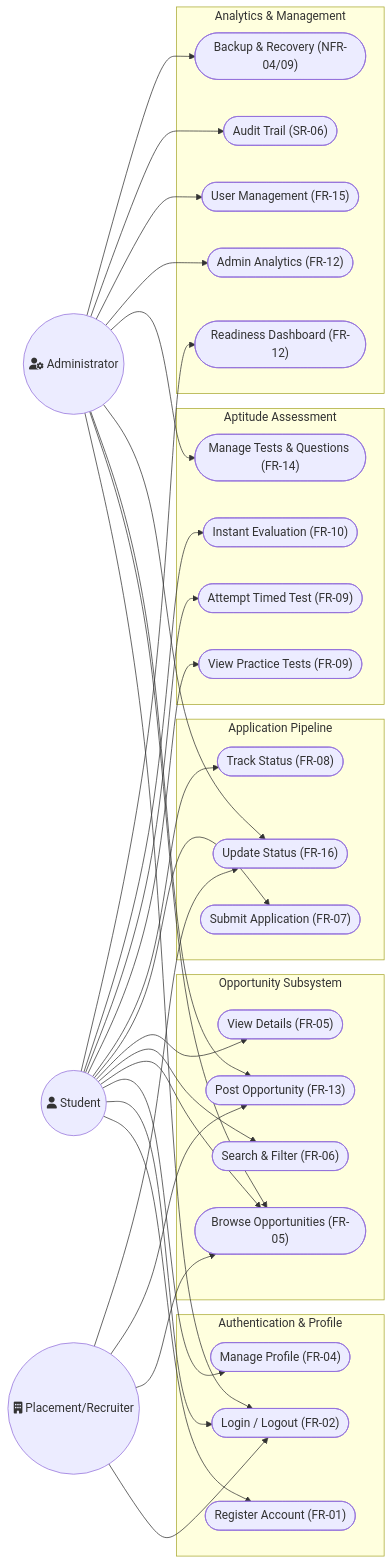
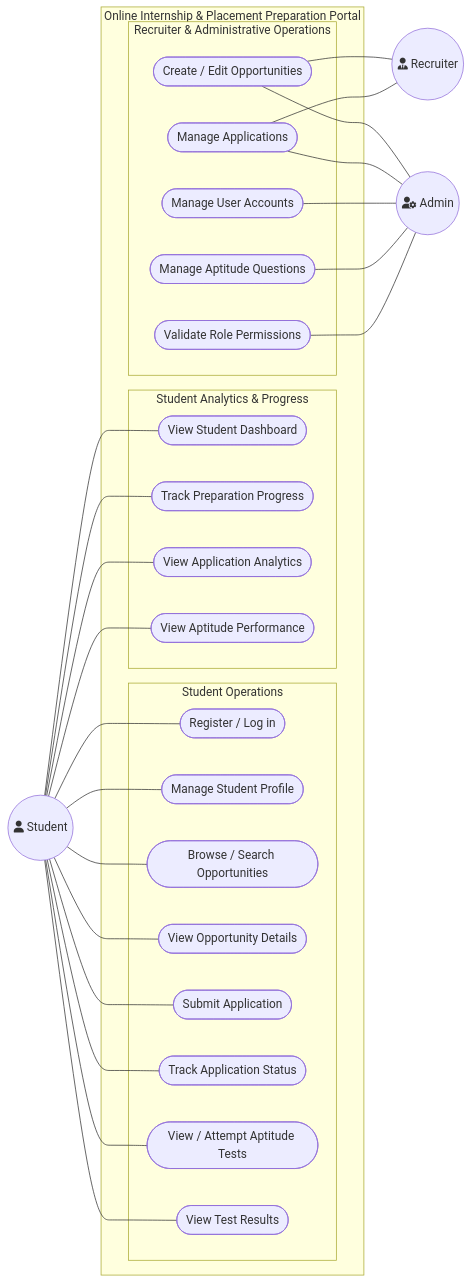
Before and after one commit to Shriya7K/H3-Phase-1-Software-Engineering: the first of 3 diagrams in README.md, drawn with Mermaid. The commit also changed other lines of this file and 5 other files, not shown here.

Commit message:
docs: add official Use Case Diagram image files and synchronize UML specifications

````diff
--- a/README.md
+++ b/README.md
@@ -45,44 +49,60 @@
 ```mermaid
 flowchart LR
+    %% Actors
     Student(("fa:fa-user Student"))
-    Admin(("fa:fa-user-gear Administrator"))
-    Recruiter(("fa:fa-building Placement/Recruiter"))
+    Recruiter(("fa:fa-user-tie Recruiter"))
+    Admin(("fa:fa-user-gear Admin"))
 
-    subgraph AuthSubsystem["Authentication & Profile"]
-        UC1(["Register Account (FR-01)"])
-        UC2(["Login / Logout (FR-02)"])
-        UC3(["Manage Profile (FR-04)"])
+    subgraph Portal["Online Internship & Placement Preparation Portal"]
+        subgraph StudentCore["Student Operations"]
+            UC1(["Register / Log in"])
+            UC2(["Manage Student Profile"])
+            UC3(["Browse / Search Opportunities"])
+            UC4(["View Opportunity Details"])
+            UC5(["Submit Application"])
+            UC6(["Track Application Status"])
+            UC7(["View / Attempt Aptitude Tests"])
+            UC8(["View Test Results"])
+        end
+
+        subgraph StudentAnalytics["Student Analytics & Progress"]
+            UC9(["View Student Dashboard"])
+            UC10(["Track Preparation Progress"])
+            UC11(["View Application Analytics"])
+            UC12(["View Aptitude Performance"])
+        end
+
+        subgraph AdminRecruiter["Recruiter & Administrative Operations"]
+            UC13(["Create / Edit Opportunities"])
+            UC14(["Manage Applications"])
+            UC15(["Manage User Accounts"])
+            UC16(["Manage Aptitude Questions"])
+            UC17(["Validate Role Permissions"])
+        end
     end
 
-    subgraph OppSubsystem["Opportunity Subsystem"]
-        UC4(["Browse Opportunities (FR-05)"])
-        UC5(["Search & Filter (FR-06)"])
-        UC6(["View Details (FR-05)"])
-        UC7(["Post Opportunity (FR-13)"])
-    end
+    %% Student Associations
+    Student --- UC1
+    Student --- UC2
+    Student --- UC3
+    Student --- UC4
+    Student --- UC5
+    Student --- UC6
+    Student --- UC7
+    Student --- UC8
+    Student --- UC9
+    Student --- UC10
+    Student --- UC11
+    Student --- UC12
 
-    subgraph AppSubsystem["Application Pipeline"]
-        UC8(["Submit Application (FR-07)"])
-        UC9(["Track Status (FR-08)"])
-        UC10(["Update Status (FR-16)"])
-    end
+    %% Recruiter Associations
+    UC13 --- Recruiter
+    UC14 --- Recruiter
 
-    subgraph TestSubsystem["Aptitude Assessment"]
-        UC11(["View Practice Tests (FR-09)"])
-        UC12(["Attempt Timed Test (FR-09)"])
-        UC13(["Instant Evaluation (FR-10)"])
-        UC14(["Manage Tests & Questions (FR-14)"])
-    end
-
-    subgraph AdminSubsystem["Analytics & Management"]
-        UC15(["Readiness Dashboard (FR-12)"])
-        UC16(["Admin Analytics (FR-12)"])
-        UC17(["User Management (FR-15)"])
-        UC18(["Audit Trail (SR-06)"])
-        UC19(["Backup & Recovery (NFR-04/09)"])
-    end
-
-    Student --> UC1 & UC2 & UC3 & UC4 & UC5 & UC6 & UC8 & UC9 & UC11 & UC12 & UC13 & UC15
-    Recruiter --> UC2 & UC4 & UC7 & UC10
-    Admin --> UC2 & UC4 & UC7 & UC10 & UC14 & UC16 & UC17 & UC18 & UC19
+    %% Admin Associations
+    UC13 --- Admin
+    UC14 --- Admin
+    UC15 --- Admin
+    UC16 --- Admin
+    UC17 --- Admin
 ```
````
